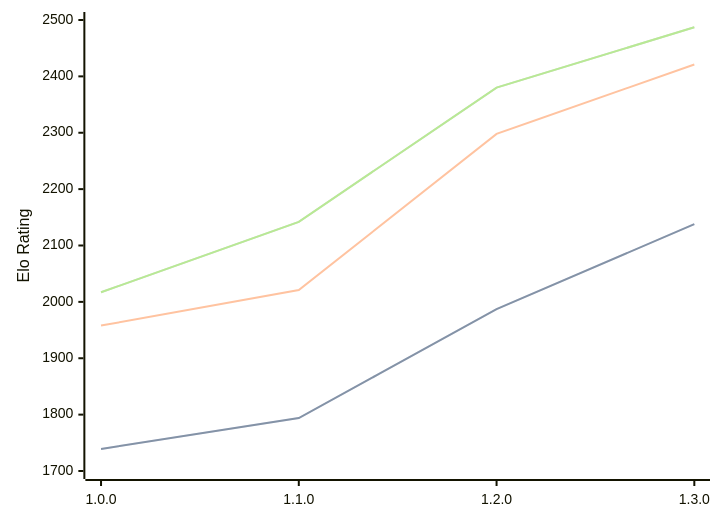
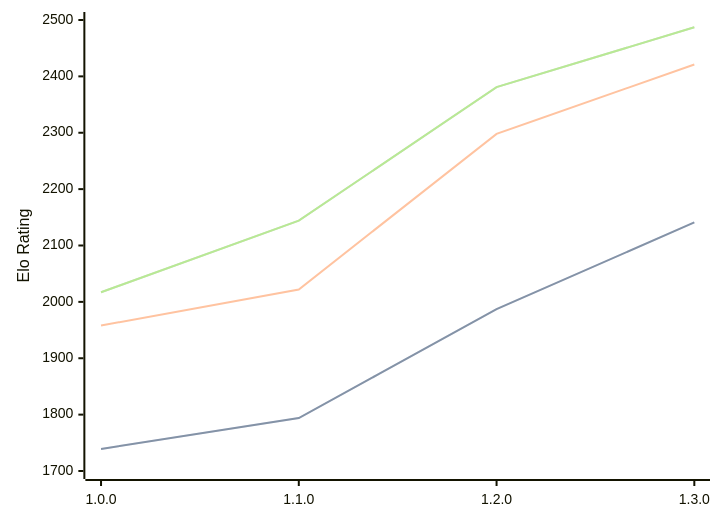
One commit to computer-chess-index/cci changed the third of 3 diagrams in engines/Anodos.md. Above: the diagram before and after it, drawn with Mermaid. The commit also changed other lines of this file, not shown here.

Commit message:
Update CCI Ratings (ELO VLTC) - 2026-07-08

````diff
--- a/engines/Anodos.md
+++ b/engines/Anodos.md
@@ -78,11 +78,11 @@
 ```mermaid
 %%{init: {"theme":"base","themeVariables":{"seriesColors:['#a3a3a3','#222221','#faa371']}}}%%
 xychart-beta
   x-axis ["1.0.0", "1.1.0", "1.2.0", "1.3.0"]
   y-axis "Elo Rating" 1700 --> 2500
-  line "STC (8.0+0.08s)" [1739, 1794, 1987, 2138]
-  line "STC (8.0+0.08s)" [1739, 1794, 1987, 2138]
-  line "LTC (60.0+0.60s)" [1958, 2021, 2298, 2421]
-  line "VLTC (2m24s+1.12s)" [2017, 2142, 2380, 2487]
-  line "VLTC (2m24s+1.12s)" [2017, 2142, 2380, 2487]
+  line "STC (8.0+0.08s)" [1739, 1794, 1987, 2141]
+  line "STC (8.0+0.08s)" [1739, 1794, 1987, 2141]
+  line "LTC (60.0+0.60s)" [1958, 2022, 2298, 2421]
+  line "VLTC (2m24s+1.12s)" [2017, 2144, 2381, 2487]
+  line "VLTC (2m24s+1.12s)" [2017, 2144, 2381, 2487]
 ```
````
